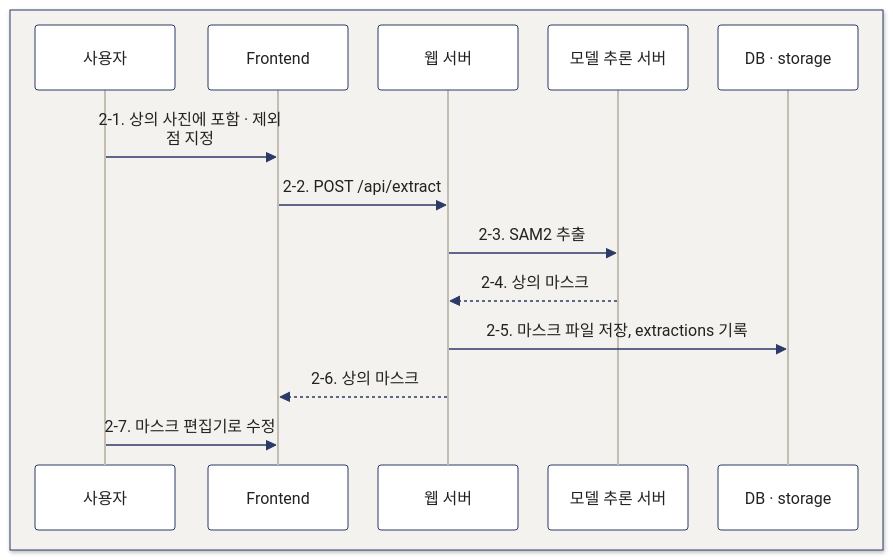
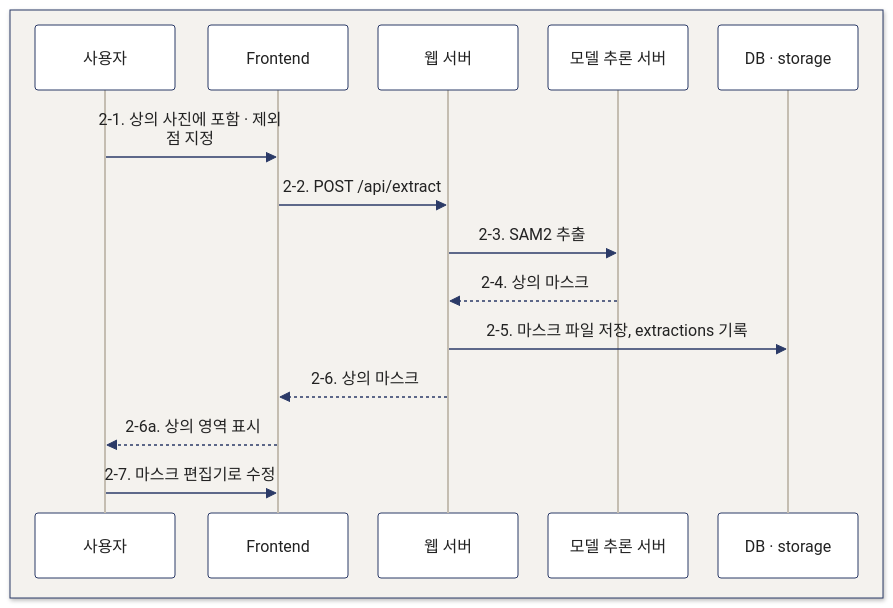
Before and after one commit to Jenny5789/CGI_MOA: the third of 6 diagrams in README.md, drawn with Mermaid. The commit also changed other lines of this file, not shown here.

First line of the commit message:
docs: README 접기 정리와 시퀀스 다이어그램 보완

````diff
--- a/README.md
+++ b/README.md
@@ -230,18 +235,19 @@
 ```mermaid
 %%{init: {'theme':'base','themeVariables':{'fontSize':'18px','primaryColor':'#ffffff','primaryBorderColor':'#2b3a67','primaryTextColor':'#222222','textColor':'#222222','lineColor':'#2b3a67','mainBkg':'#ffffff','nodeBorder':'#2b3a67','secondaryColor':'#f4f2ee','tertiaryColor':'#f4f2ee','edgeLabelBackground':'#f4f2ee','actorBkg':'#ffffff','actorBorder':'#2b3a67','actorTextColor':'#222222','actorLineColor':'#c4bdb1','signalColor':'#2b3a67','signalTextColor':'#222222','labelBoxBkgColor':'#ffffff','labelBoxBorderColor':'#2b3a67','labelTextColor':'#222222','loopTextColor':'#222222','noteBkgColor':'#ffffff','noteBorderColor':'#2b3a67','noteTextColor':'#222222'},'sequence':{'actorMargin':30,'width':140,'wrap':true}}}%%
 sequenceDiagram
     box rgb(244,242,238)
         participant U as 사용자
         participant F as Frontend
         participant B as 웹 서버
         participant A as 모델 추론 서버
         participant S as DB · storage
     end
     U->>F: 2-1. 상의 사진에 포함 · 제외 점 지정
     F->>B: 2-2. POST /api/extract
     B->>A: 2-3. SAM2 추출
     A-->>B: 2-4. 상의 마스크
     B->>S: 2-5. 마스크 파일 저장, extractions 기록
     B-->>F: 2-6. 상의 마스크
+    F-->>U: 2-6a. 상의 영역 표시
     U->>F: 2-7. 마스크 편집기로 수정
 ```
````
